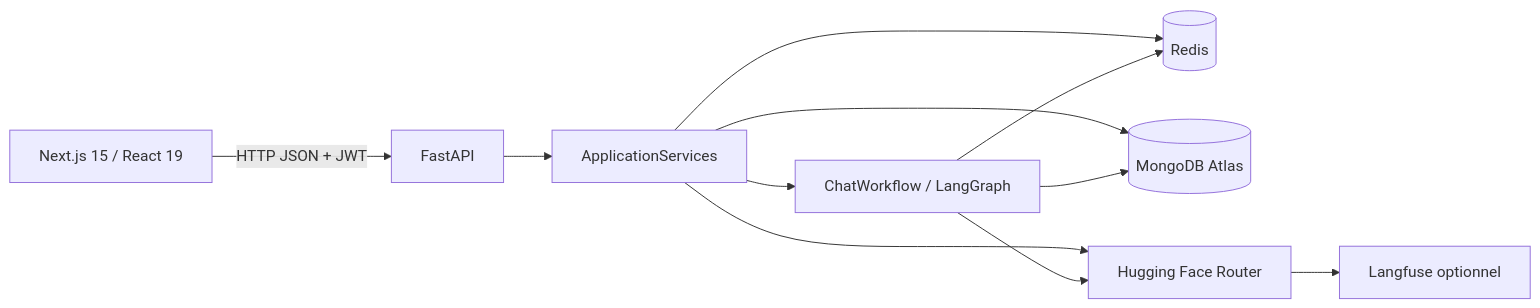
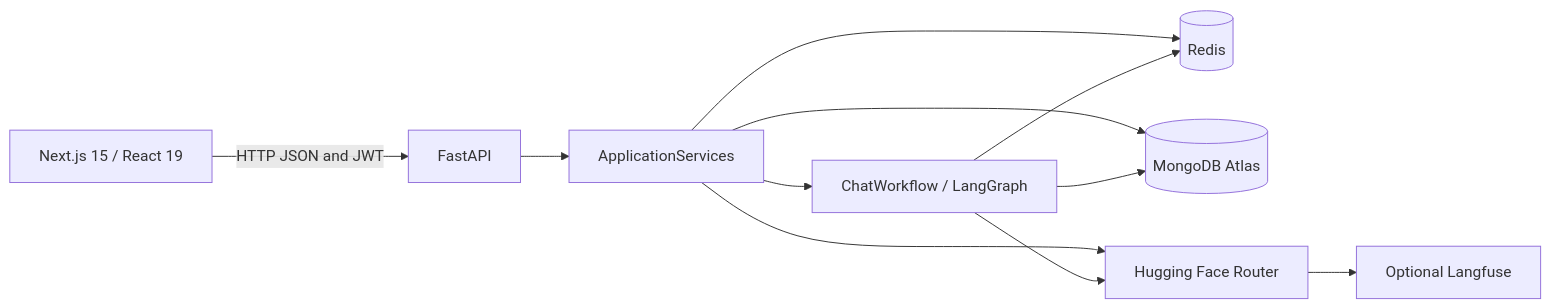
Before and after one commit to Manda404/Agentic-AI-Chat-System: the first of 2 diagrams in docs/GUIDE_PROJET.md, drawn with Mermaid. The commit also changed other lines of this file and 106 other files, not shown here.

````diff
--- a/docs/GUIDE_PROJET.md
+++ b/docs/GUIDE_PROJET.md
@@ -30,13 +15,13 @@
 ```mermaid
 flowchart LR
-    UI[Next.js 15 / React 19] -->|HTTP JSON + JWT| API[FastAPI]
+    UI[Next.js 15 / React 19] -->|HTTP JSON and JWT| API[FastAPI]
     API --> C[ApplicationServices]
     C --> W[ChatWorkflow / LangGraph]
     C --> R[(Redis)]
     C --> M[(MongoDB Atlas)]
     C --> HF[Hugging Face Router]
     W --> R
     W --> M
     W --> HF
-    HF --> LF[Langfuse optionnel]
+    HF --> LF[Optional Langfuse]
 ```
````
